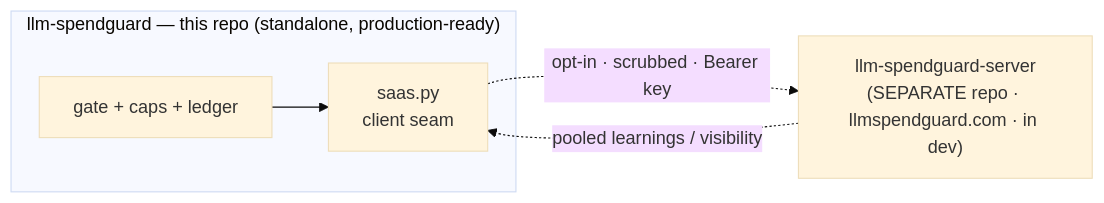
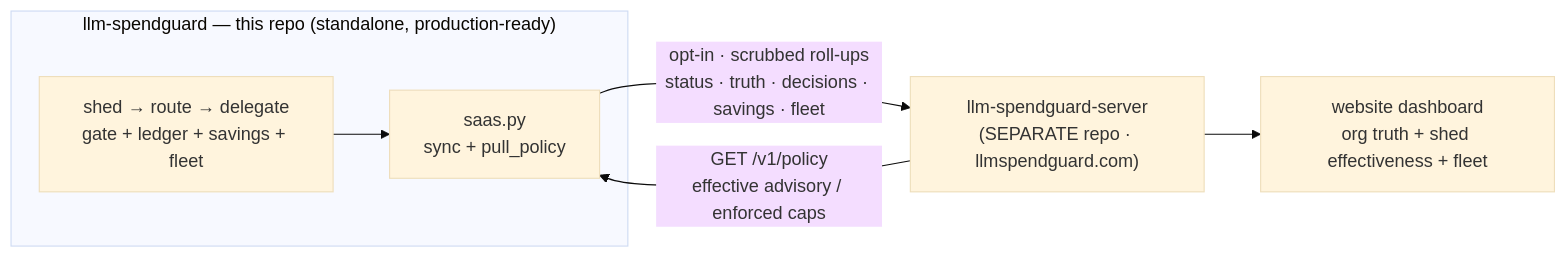
The third of 4 diagrams in docs/ARCHITECTURE.md (llmspendguard/llm-spendguard), drawn with Mermaid (base theme) before and after one commit. The commit also changed other lines of this file and 5 other files, not shown here.

````diff
--- a/docs/ARCHITECTURE.md
+++ b/docs/ARCHITECTURE.md
@@ -294,8 +301,9 @@
 ```mermaid
 flowchart LR
     subgraph client ["llm-spendguard — this repo (standalone, production-ready)"]
-      GATE["gate + caps + ledger"] --> SAAS["saas.py<br/>client seam"]
+      GATE["shed → route → delegate<br/>gate + ledger + savings + fleet"] --> SAAS["saas.py<br/>sync + pull_policy"]
     end
-    SAAS -.->|"opt-in · scrubbed · Bearer key"| SERVER["llm-spendguard-server<br/>(SEPARATE repo · llmspendguard.com · in dev)"]
-    SERVER -.->|"pooled learnings / visibility"| SAAS
+    SAAS -->|"opt-in · scrubbed roll-ups<br/>status · truth · decisions · savings · fleet"| SERVER["llm-spendguard-server<br/>(SEPARATE repo · llmspendguard.com)"]
+    SERVER -->|"GET /v1/policy<br/>effective advisory / enforced caps"| SAAS
+    SERVER --> WEB["website dashboard<br/>org truth + shed effectiveness + fleet"]
 ```
````
